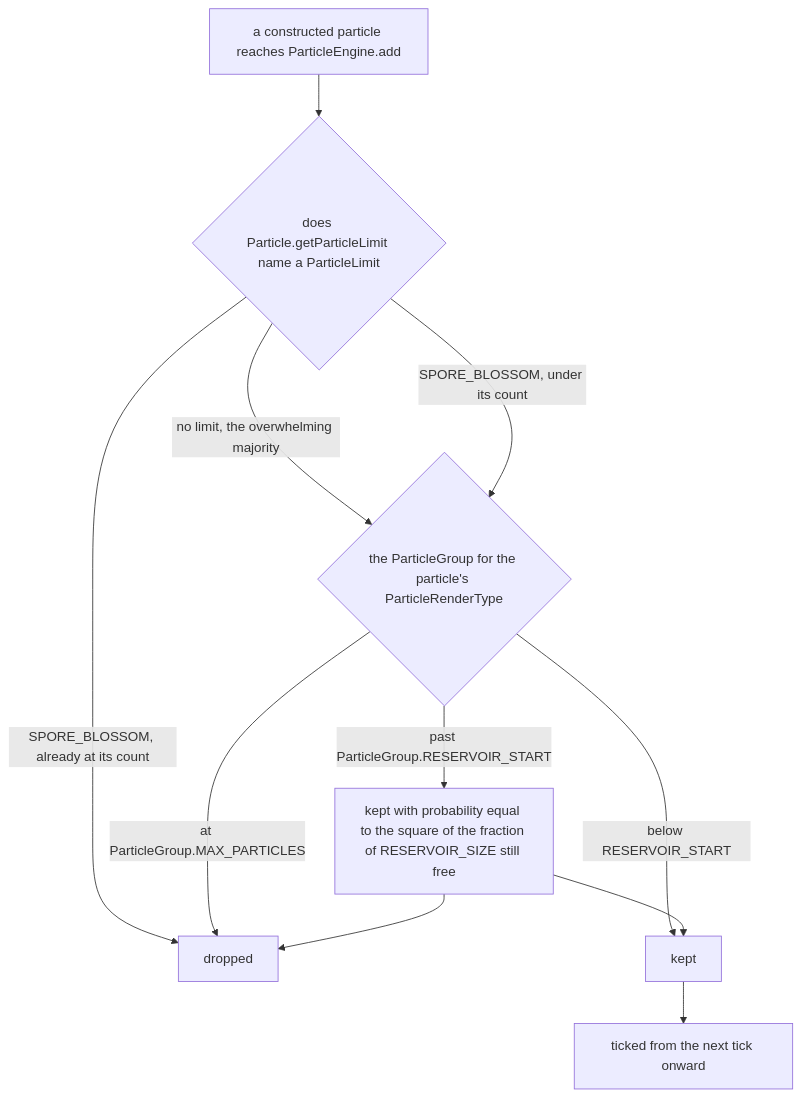
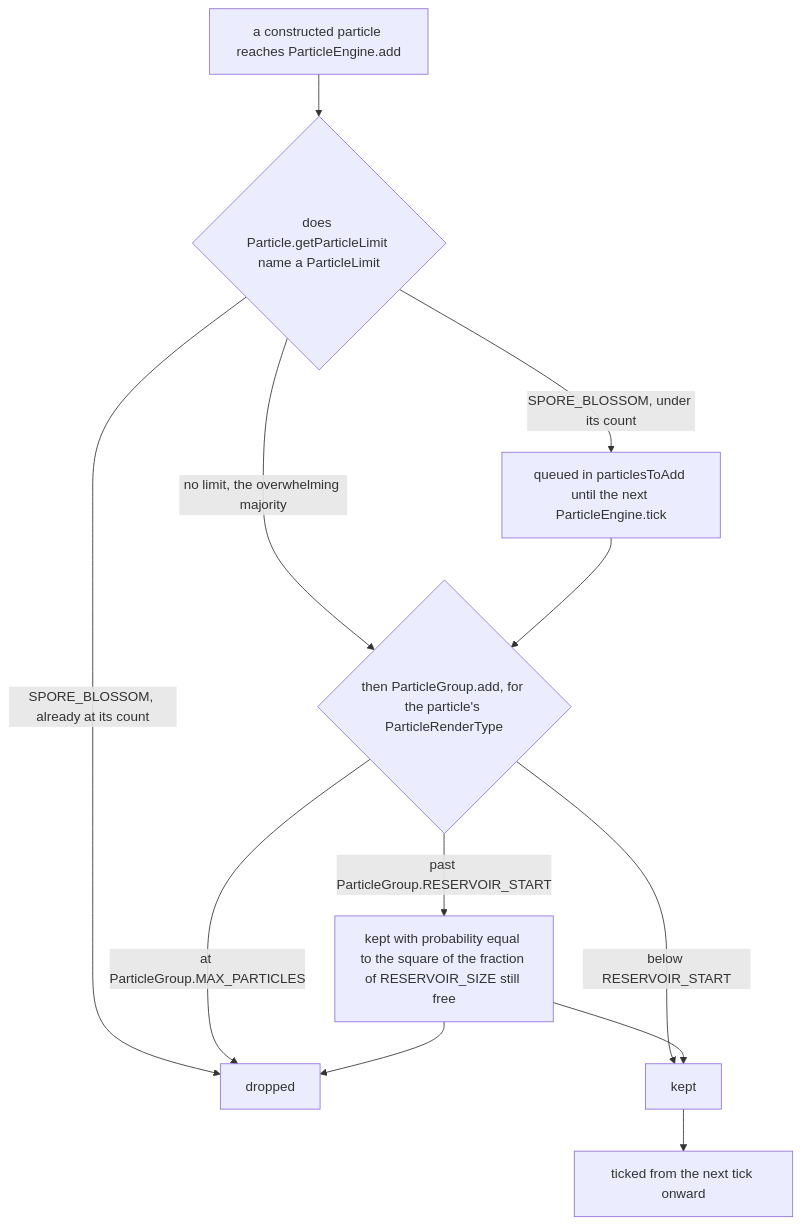
The second of 2 diagrams in src/systems/rendering/particles.md (AlexanderjFraser/MinecraftDocs), drawn with Mermaid before and after one commit. The commit also changed other lines of this file and 1 other file, not shown here.

Commit message:
pass 4, session K (wip) — Part XI: particles, and the three gates that were not one

````diff
--- a/src/systems/rendering/particles.md
+++ b/src/systems/rendering/particles.md
@@ -186,13 +191,14 @@
 ```mermaid
 flowchart TD
     A["a constructed particle reaches ParticleEngine.add"] --> B{"does Particle.getParticleLimit name a ParticleLimit"}
     B -- "no limit, the overwhelming majority" --> D
     B -- "SPORE_BLOSSOM, already at its count" --> X["dropped"]
-    B -- "SPORE_BLOSSOM, under its count" --> D{"the ParticleGroup for the particle's ParticleRenderType"}
+    B -- "SPORE_BLOSSOM, under its count" --> Q["queued in particlesToAdd until the next ParticleEngine.tick"]
+    Q --> D{"then ParticleGroup.add, for the particle's ParticleRenderType"}
     D -- "at ParticleGroup.MAX_PARTICLES" --> X
     D -- "past ParticleGroup.RESERVOIR_START" --> E["kept with probability equal to the square of the fraction of RESERVOIR_SIZE still free"]
     D -- "below RESERVOIR_START" --> K["kept"]
     E --> K
     E --> X
     K --> T["ticked from the next tick onward"]
 ```
````
